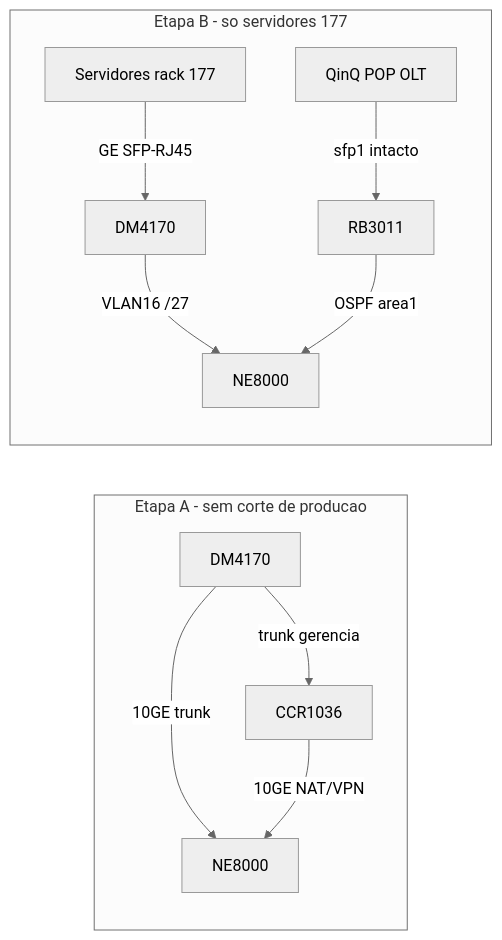
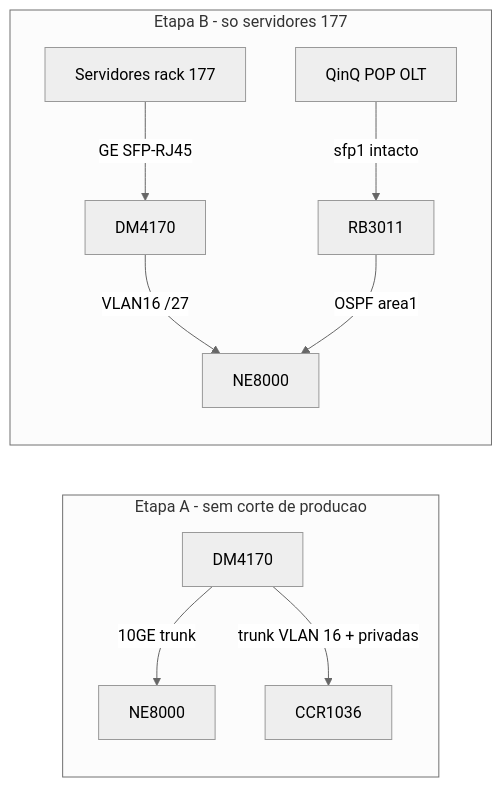
One commit to nocnetpal/migracao_mk changed the diagram in docs/15-plano-migracao-servidores-177.md. Above: the diagram before and after it, drawn with Mermaid (neutral theme). The commit also changed other lines of this file and 19 other files, not shown here.

````diff
--- a/docs/15-plano-migracao-servidores-177.md
+++ b/docs/15-plano-migracao-servidores-177.md
@@ -11,20 +11,19 @@
 ```mermaid
 flowchart LR
   subgraph faseA [Etapa A - sem corte de producao]
     DM4170a[DM4170]
     CCRa[CCR1036]
     NE8000a[NE8000]
     DM4170a -->|"10GE trunk"| NE8000a
-    CCRa -->|"10GE NAT/VPN"| NE8000a
-    DM4170a -->|"trunk gerencia"| CCRa
+    DM4170a -->|"trunk VLAN 16 + privadas"| CCRa
   end
 
   subgraph faseB [Etapa B - so servidores 177]
     Servidores[Servidores rack 177]
     Servidores -->|"GE SFP-RJ45"| DM4170b[DM4170]
     DM4170b -->|"VLAN16 /27"| NE8000b[NE8000]
     RB3011[RB3011]
     QinQ[QinQ POP OLT] -->|"sfp1 intacto"| RB3011
     RB3011 -->|"OSPF area1"| NE8000b
   end
 ```
````
